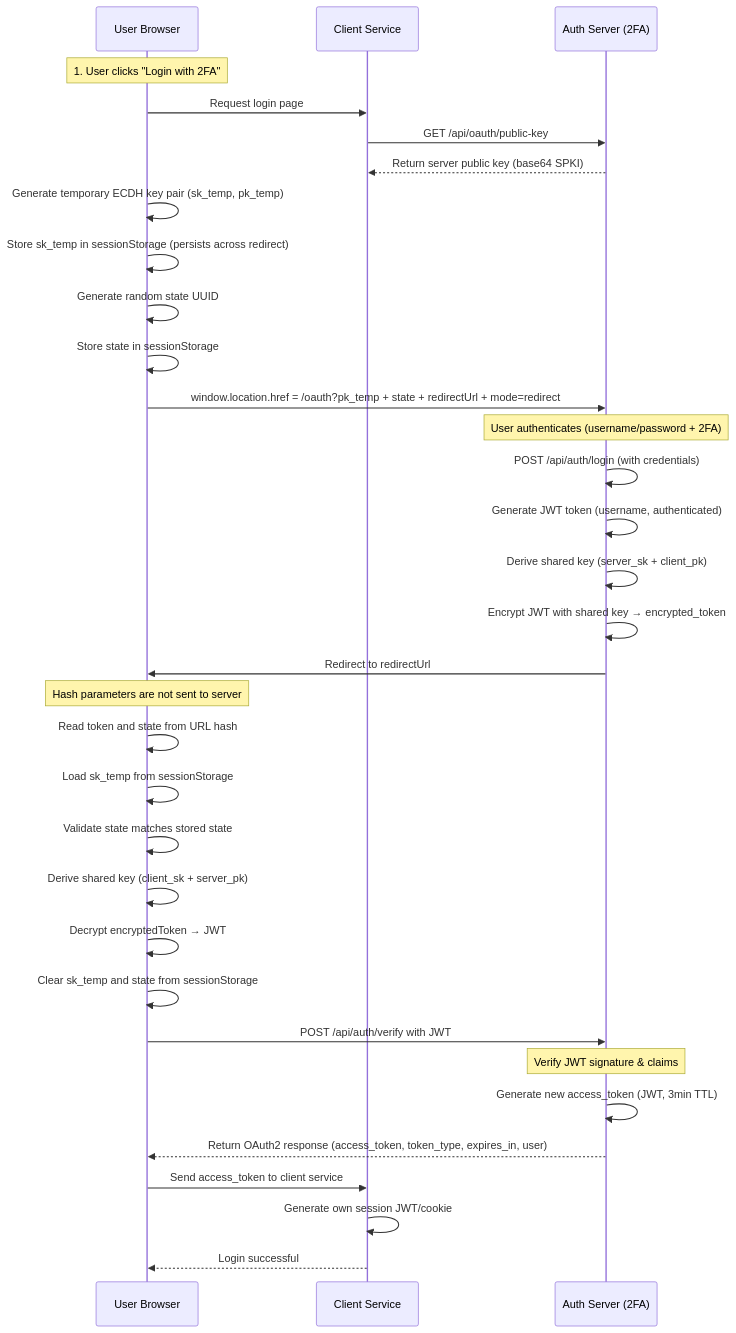
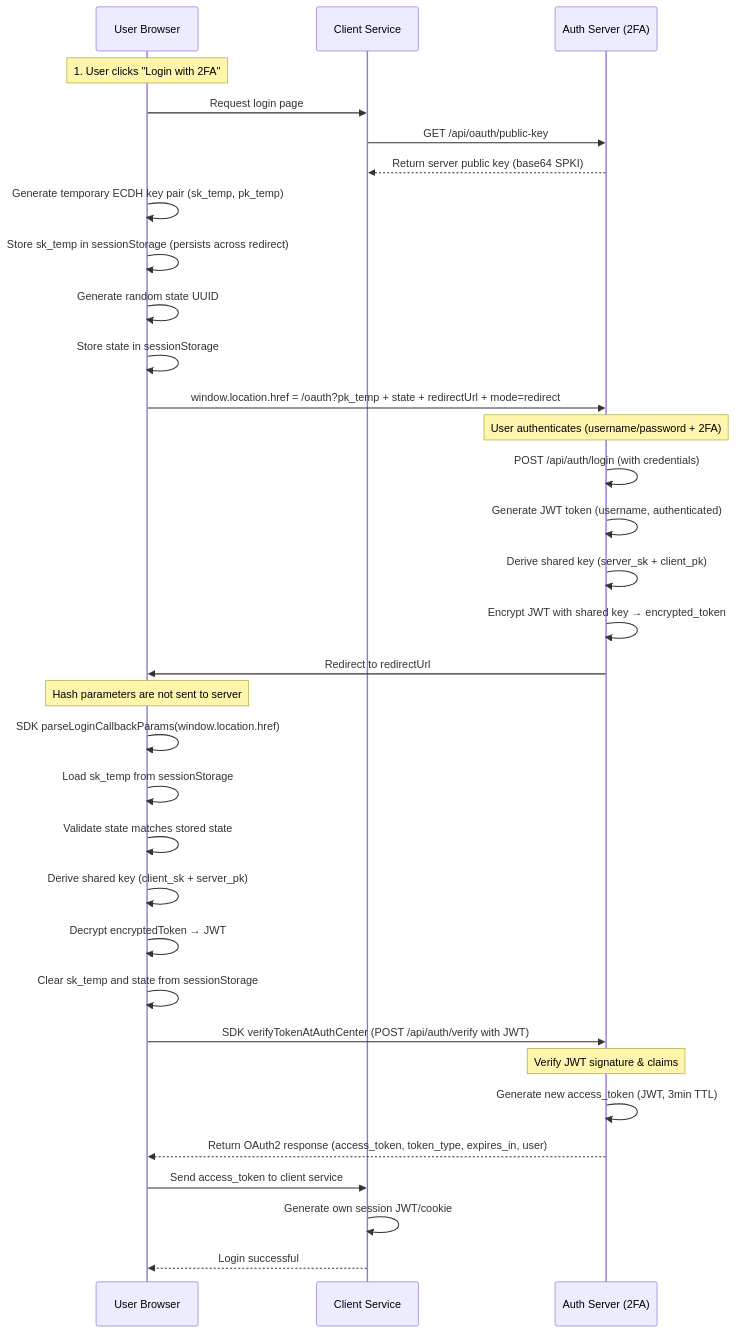
Before and after one commit to DavidKk/vercel-2fa: the second of 2 diagrams in app/oauth/docs/flow.md, drawn with Mermaid. The commit also changed other lines of this file and 7 other files, not shown here.

````diff
--- a/app/oauth/docs/flow.md
+++ b/app/oauth/docs/flow.md
@@ -75,43 +77,43 @@
 ```mermaid
 sequenceDiagram
     participant User as User Browser
     participant Client as Client Service
     participant Auth as Auth Server (2FA)
 
     Note over User: 1. User clicks "Login with 2FA"
 
     User->>Client: Request login page
     Client->>Auth: GET /api/oauth/public-key
     Auth-->>Client: Return server public key (base64 SPKI)
 
     User->>User: Generate temporary ECDH key pair (sk_temp, pk_temp)
     User->>User: Store sk_temp in sessionStorage (persists across redirect)
     User->>User: Generate random state UUID
     User->>User: Store state in sessionStorage
 
     User->>Auth: window.location.href = /oauth?pk_temp + state + redirectUrl + mode=redirect
     Note over Auth: User authenticates (username/password + 2FA)
     Auth->>Auth: POST /api/auth/login (with credentials)
     Auth->>Auth: Generate JWT token (username, authenticated)
     Auth->>Auth: Derive shared key (server_sk + client_pk)
     Auth->>Auth: Encrypt JWT with shared key → encrypted_token
 
     Auth->>User: Redirect to redirectUrl#token=encrypted_token&state=state
     Note over User: Hash parameters are not sent to server
 
-    User->>User: Read token and state from URL hash
+    User->>User: SDK parseLoginCallbackParams(window.location.href)
     User->>User: Load sk_temp from sessionStorage
     User->>User: Validate state matches stored state
     User->>User: Derive shared key (client_sk + server_pk)
     User->>User: Decrypt encryptedToken → JWT
     User->>User: Clear sk_temp and state from sessionStorage
 
-    User->>Auth: POST /api/auth/verify with JWT
+    User->>Auth: SDK verifyTokenAtAuthCenter (POST /api/auth/verify with JWT)
     Note over Auth: Verify JWT signature & claims
     Auth->>Auth: Generate new access_token (JWT, 3min TTL)
     Auth-->>User: Return OAuth2 response (access_token, token_type, expires_in, user)
 
     User->>Client: Send access_token to client service
     Client->>Client: Generate own session JWT/cookie
     Client-->>User: Login successful
 ```
````
